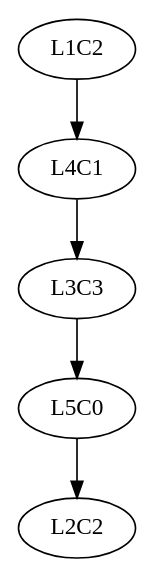
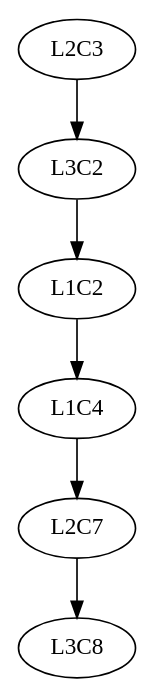
Before and after one commit to AlvaroCeballos/IPC2_Proyecto2_202300673: the diagram in colaK.gv, drawn with Graphviz. The commit also changed 3 other files, not shown here.

```diff
--- a/colaK.gv
+++ b/colaK.gv
@@ -1,12 +1,14 @@
 // Cola
 digraph {
-	<ListasEnlazadas.nodoCola.NodoElaboracion object at 0x000002109F050AD0> [label=L1C2]
-	<ListasEnlazadas.nodoCola.NodoElaboracion object at 0x000002109F050AD0> -> <ListasEnlazadas.nodoCola.NodoElaboracion object at 0x000002109F050B00>
-	<ListasEnlazadas.nodoCola.NodoElaboracion object at 0x000002109F050B00> [label=L4C1]
-	<ListasEnlazadas.nodoCola.NodoElaboracion object at 0x000002109F050B00> -> <ListasEnlazadas.nodoCola.NodoElaboracion object at 0x000002109F050B30>
-	<ListasEnlazadas.nodoCola.NodoElaboracion object at 0x000002109F050B30> [label=L3C3]
-	<ListasEnlazadas.nodoCola.NodoElaboracion object at 0x000002109F050B30> -> <ListasEnlazadas.nodoCola.NodoElaboracion object at 0x000002109F050B60>
-	<ListasEnlazadas.nodoCola.NodoElaboracion object at 0x000002109F050B60> [label=L5C0]
-	<ListasEnlazadas.nodoCola.NodoElaboracion object at 0x000002109F050B60> -> <ListasEnlazadas.nodoCola.NodoElaboracion object at 0x000002109F050B90>
-	<ListasEnlazadas.nodoCola.NodoElaboracion object at 0x000002109F050B90> [label=L2C2]
+	<ListasEnlazadas.nodoCola.NodoElaboracion object at 0x0000025733F1AA50> [label=L2C3]
+	<ListasEnlazadas.nodoCola.NodoElaboracion object at 0x0000025733F1AA50> -> <ListasEnlazadas.nodoCola.NodoElaboracion object at 0x0000025733F198E0>
+	<ListasEnlazadas.nodoCola.NodoElaboracion object at 0x0000025733F198E0> [label=L3C2]
+	<ListasEnlazadas.nodoCola.NodoElaboracion object at 0x0000025733F198E0> -> <ListasEnlazadas.nodoCola.NodoElaboracion object at 0x0000025733F199D0>
+	<ListasEnlazadas.nodoCola.NodoElaboracion object at 0x0000025733F199D0> [label=L1C2]
+	<ListasEnlazadas.nodoCola.NodoElaboracion object at 0x0000025733F199D0> -> <ListasEnlazadas.nodoCola.NodoElaboracion object at 0x0000025733F198B0>
+	<ListasEnlazadas.nodoCola.NodoElaboracion object at 0x0000025733F198B0> [label=L1C4]
+	<ListasEnlazadas.nodoCola.NodoElaboracion object at 0x0000025733F198B0> -> <ListasEnlazadas.nodoCola.NodoElaboracion object at 0x0000025733F19C70>
+	<ListasEnlazadas.nodoCola.NodoElaboracion object at 0x0000025733F19C70> [label=L2C7]
+	<ListasEnlazadas.nodoCola.NodoElaboracion object at 0x0000025733F19C70> -> <ListasEnlazadas.nodoCola.NodoElaboracion object at 0x0000025732E5A2A0>
+	<ListasEnlazadas.nodoCola.NodoElaboracion object at 0x0000025732E5A2A0> [label=L3C8]
 }
```
